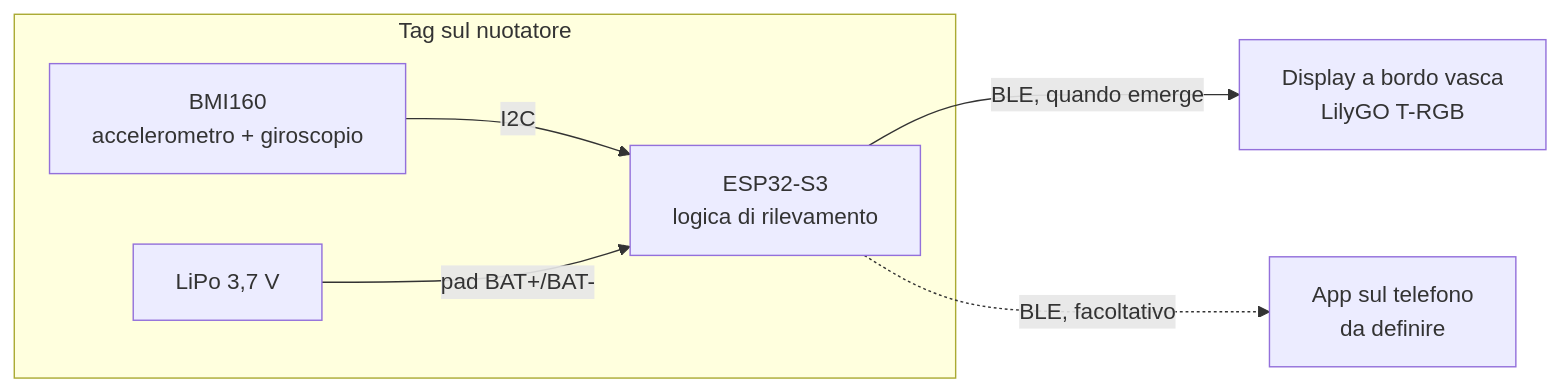
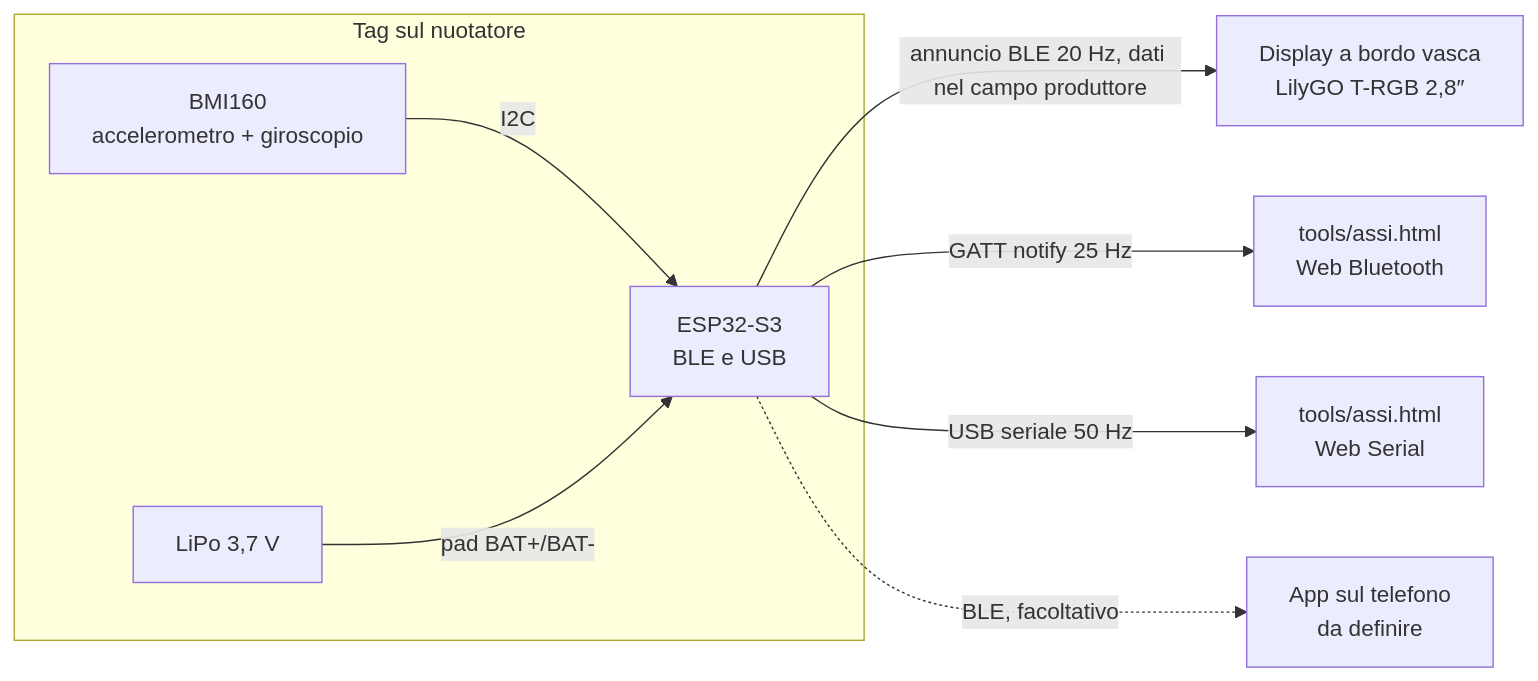
Before and after one commit to PZero/SwimTimer: the diagram in README.md, drawn with Mermaid. The commit also changed other lines of this file, not shown here.

First line of the commit message:
docs: aggiorna il README con BLE, display di prova e roadmap

````diff
--- a/README.md
+++ b/README.md
@@ -54,9 +59,11 @@
 ```mermaid
 flowchart LR
   subgraph TAG[Tag sul nuotatore]
-    S[BMI160<br/>accelerometro + giroscopio] -- I2C --> M[ESP32-S3<br/>logica di rilevamento]
+    S[BMI160<br/>accelerometro + giroscopio] -- I2C --> M[ESP32-S3<br/>BLE e USB]
     B[LiPo 3,7 V] -- pad BAT+/BAT- --> M
   end
-  M -- BLE, quando emerge --> D[Display a bordo vasca<br/>LilyGO T-RGB]
+  M -- "annuncio BLE 20 Hz, dati nel campo produttore" --> D[Display a bordo vasca<br/>LilyGO T-RGB 2,8″]
+  M -- "GATT notify 25 Hz" --> P[tools/assi.html<br/>Web Bluetooth]
+  M -- "USB seriale 50 Hz" --> Q[tools/assi.html<br/>Web Serial]
   M -. BLE, facoltativo .-> A[App sul telefono<br/>da definire]
 ```
````
